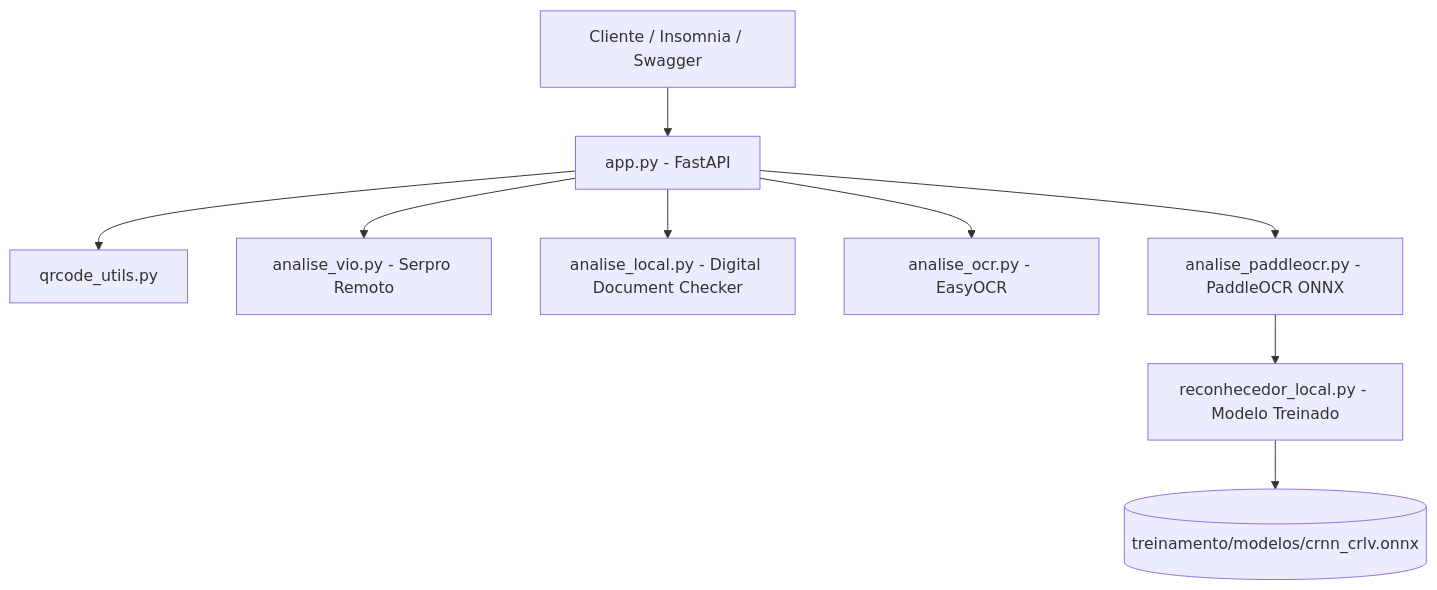
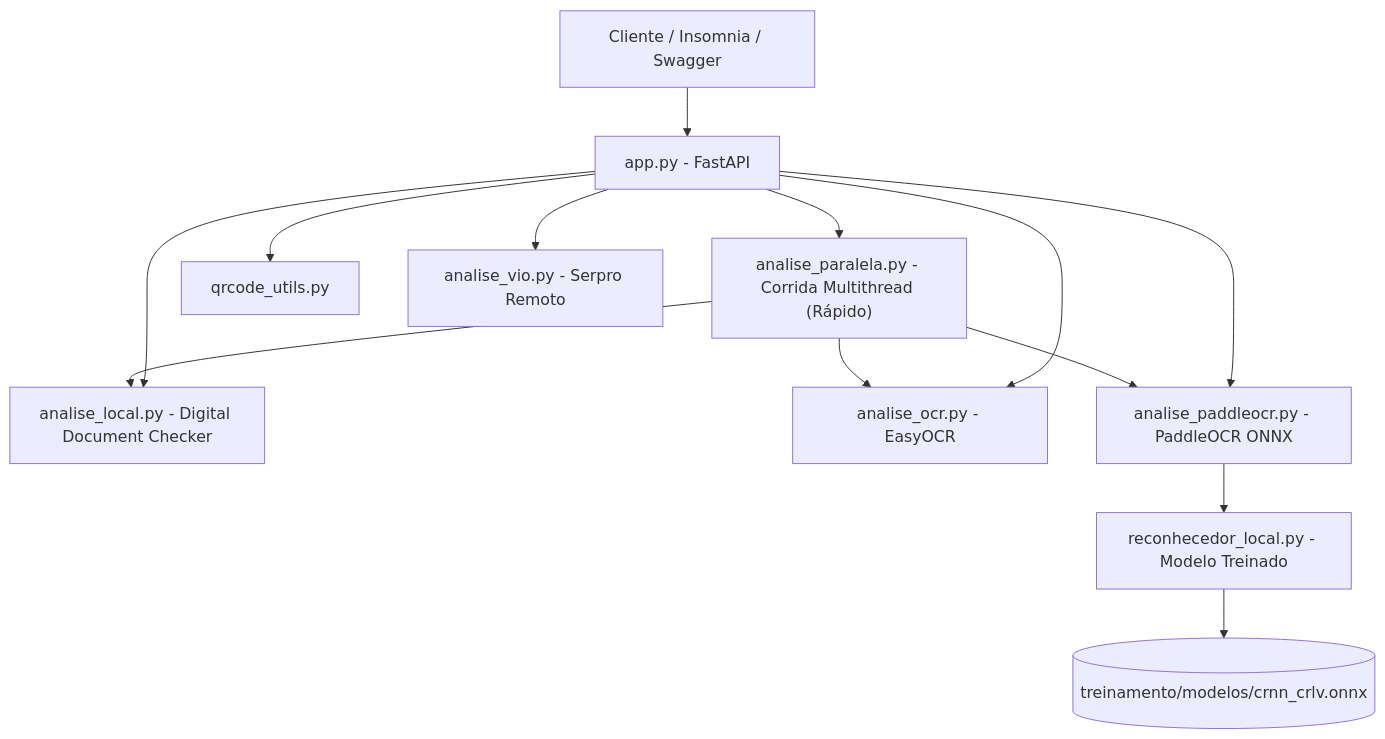
One commit to jbarros-gfvc/teste-leitor-crlv changed the first of 2 diagrams in DOCUMENTACAO_ANALISADORES.md. Above: the diagram before and after it, drawn with Mermaid. The commit also changed other lines of this file and 5 other files, not shown here.

Commit message:
feat: adicionar endpoint de analise rapida paralela com corrida multithread e paddle em background

````diff
--- a/DOCUMENTACAO_ANALISADORES.md
+++ b/DOCUMENTACAO_ANALISADORES.md
@@ -12,11 +12,15 @@
 ```mermaid
 graph TD
     Client[Cliente / Insomnia / Swagger] --> App[app.py - FastAPI]
+    App --> ModParalelo["analise_paralela.py - Corrida Multithread (Rápido)"]
+    ModParalelo --> ModLocal[analise_local.py - Digital Document Checker]
+    ModParalelo --> ModEasy[analise_ocr.py - EasyOCR]
+    ModParalelo --> ModPaddle[analise_paddleocr.py - PaddleOCR ONNX]
     App --> QRUtils[qrcode_utils.py]
     App --> ModVio[analise_vio.py - Serpro Remoto]
-    App --> ModLocal[analise_local.py - Digital Document Checker]
-    App --> ModEasy[analise_ocr.py - EasyOCR]
-    App --> ModPaddle[analise_paddleocr.py - PaddleOCR ONNX]
+    App --> ModLocal
+    App --> ModEasy
+    App --> ModPaddle
     ModPaddle --> RecLocal[reconhecedor_local.py - Modelo Treinado]
     RecLocal --> ModeloWeights[(treinamento/modelos/crnn_crlv.onnx)]
 ```
````
